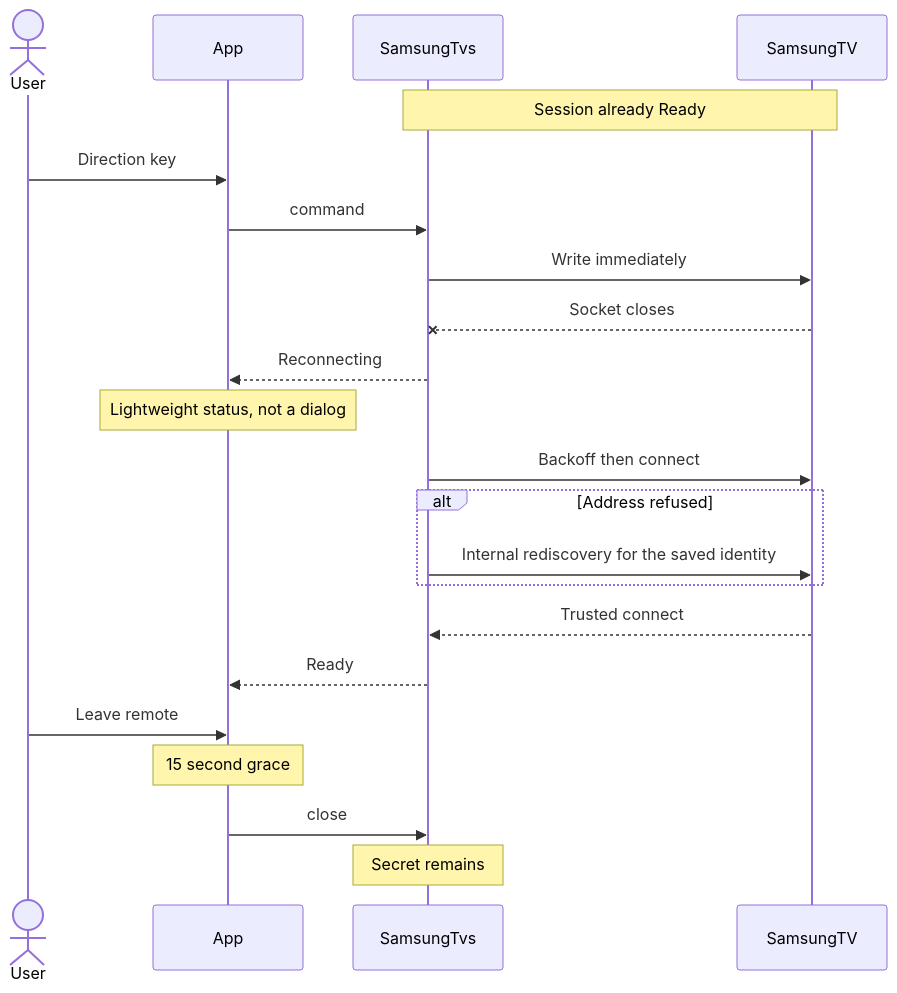
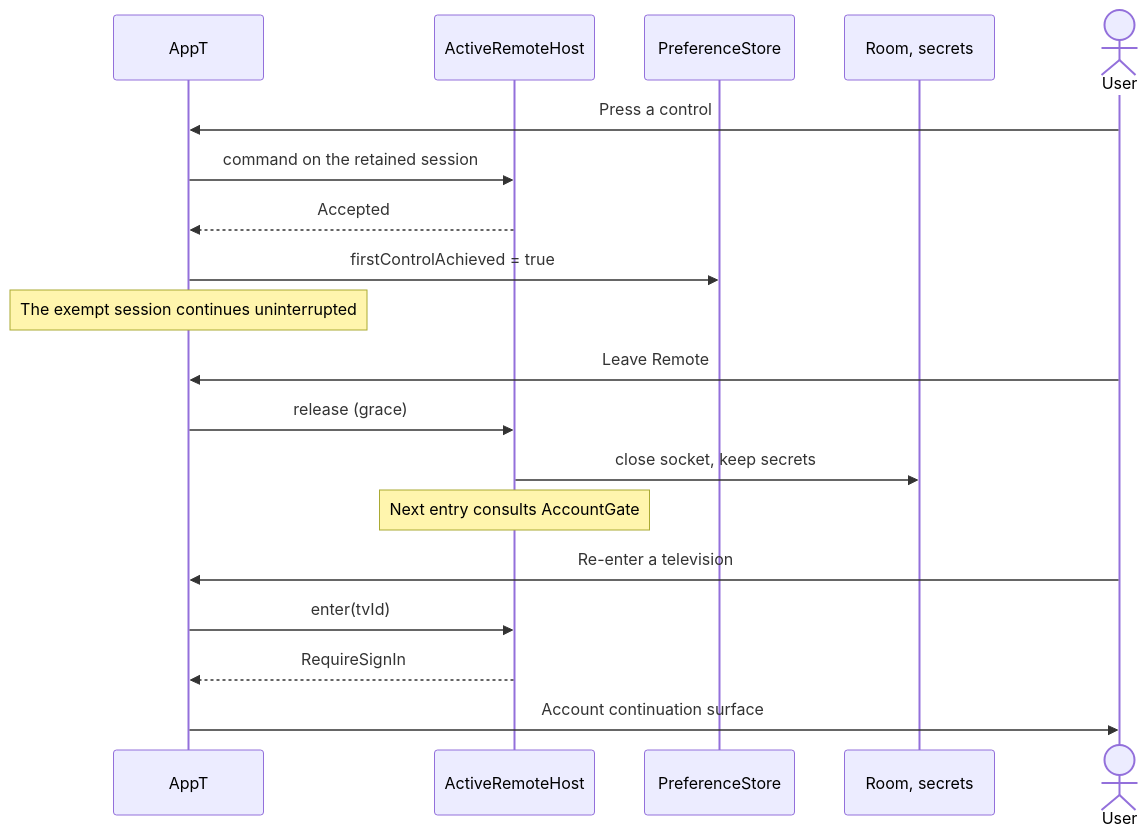
The second of 14 diagrams in docs/architecture/flows.md (anthracite-labs/AppT), drawn with Mermaid before and after one commit. The commit also changed other lines of this file and 22 other files, not shown here.

First line of the commit message:
Complete V1 architecture closure and rebuild implementation slice map

````diff
--- a/docs/architecture/flows.md
+++ b/docs/architecture/flows.md
@@ -54,24 +53,21 @@
 ```mermaid
 sequenceDiagram
+  participant App as AppT
+  participant Host as ActiveRemoteHost
+  participant Prefs as PreferenceStore
+  participant Storage as Room, secrets
   actor User
-  participant App
-  participant Samsung as SamsungTvs
-  participant TV as SamsungTV
-  Note over Samsung,TV: Session already Ready
-  User->>App: Direction key
-  App->>Samsung: command
-  Samsung->>TV: Write immediately
-  TV --x Samsung: Socket closes
-  Samsung-->>App: Reconnecting
-  Note over App: Lightweight status, not a dialog
-  Samsung->>TV: Backoff then connect
-  alt Address refused
-    Samsung->>TV: Internal rediscovery for the saved identity
-  end
-  TV-->>Samsung: Trusted connect
-  Samsung-->>App: Ready
-  User->>App: Leave remote
-  Note over App: 15 second grace
-  App->>Samsung: close
-  Note over Samsung: Secret remains
+  User->>App: Press a control
+  App->>Host: command on the retained session
+  Host-->>App: Accepted
+  App->>Prefs: firstControlAchieved = true
+  Note over App: The exempt session continues uninterrupted
+  User->>App: Leave Remote
+  App->>Host: release (grace)
+  Host->>Storage: close socket, keep secrets
+  Note over Host: Next entry consults AccountGate
+  User->>App: Re-enter a television
+  App->>Host: enter(tvId)
+  Host-->>App: RequireSignIn
+  App->>User: Account continuation surface
 ```
````
